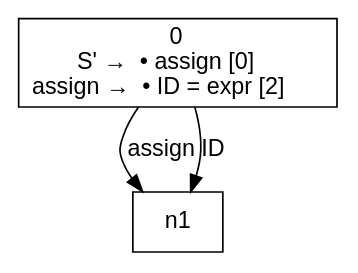
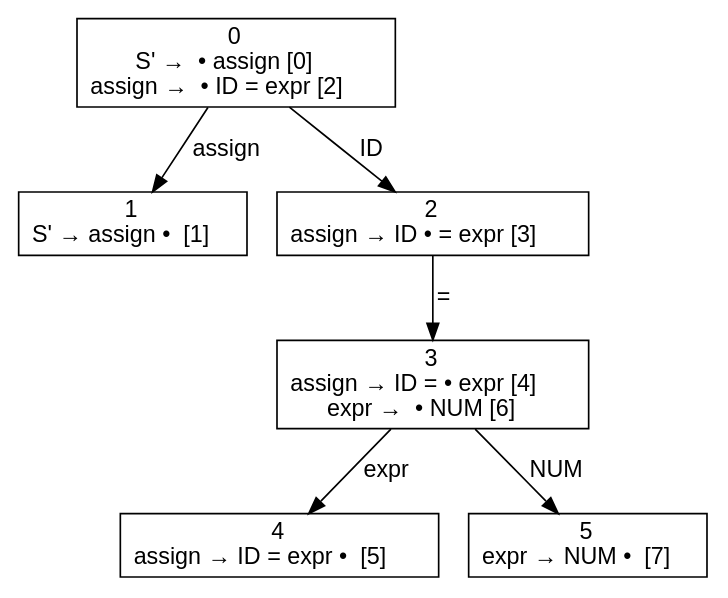
Before and after one commit to dragonsarebest/Compiler: the diagram in PleaseWork/PleaseWork/g8.txt.dfa.dot, drawn with Graphviz. The commit also changed 12 other files, not shown here.

```diff
--- a/PleaseWork/PleaseWork/g8.txt.dfa.dot
+++ b/PleaseWork/PleaseWork/g8.txt.dfa.dot
@@ -1,7 +1,15 @@
 digraph d{
 node [fontname=Helvetica,shape=box];
 edge [fontname=Helvetica];
 n0 [label=<0<br />S' →  • assign [0]<br />assign →  • ID = expr [2]>];
+n1 [label=<1<br />S' → assign •  [1]>];
+n2 [label=<2<br />assign → ID • = expr [3]>];
+n3 [label=<3<br />assign → ID = • expr [4]<br />expr →  • NUM [6]>];
+n4 [label=<4<br />assign → ID = expr •  [5]>];
+n5 [label=<5<br />expr → NUM •  [7]>];
 n0 -> n1 [label="assign"];
-n0 -> n1 [label="ID"];
+n0 -> n2 [label="ID"];
+n2 -> n3 [label="="];
+n3 -> n4 [label="expr"];
+n3 -> n5 [label="NUM"];
 }
```
